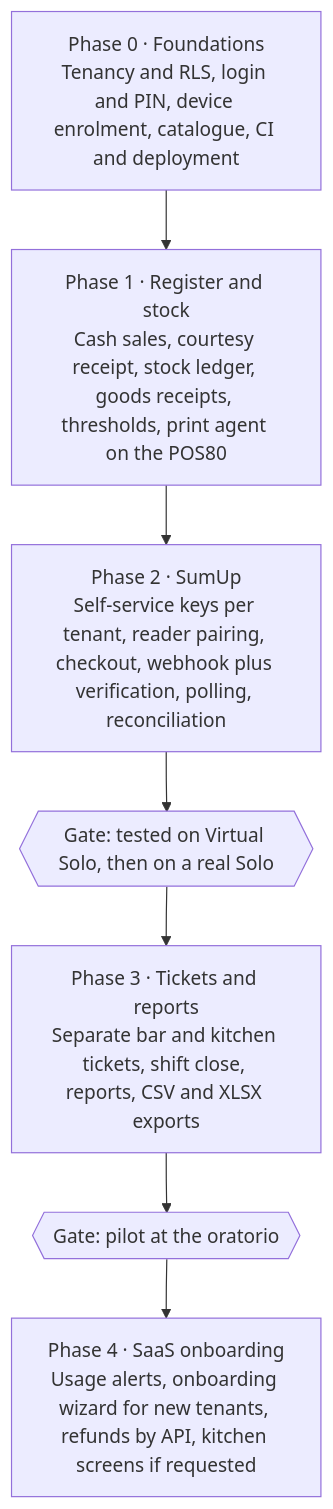
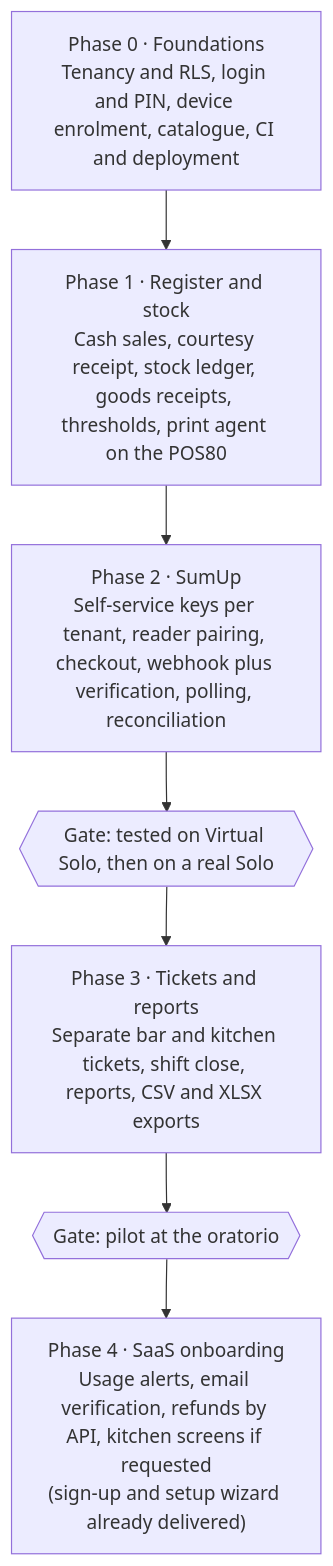
Before and after one commit to projectsrl-git/standpos: the third of 3 diagrams in docs/SPEC.md, drawn with Mermaid. The commit also changed other lines of this file and 7 other files, not shown here.

Commit message:
docs: ADR 0015, guides and changelog for sign-up and the setup wizard

````diff
--- a/docs/SPEC.md
+++ b/docs/SPEC.md
@@ -299,11 +299,11 @@
 ```mermaid
 flowchart TB
     P0["Phase 0 · Foundations<br/>Tenancy and RLS, login and PIN, device enrolment, catalogue, CI and deployment"]
     P1["Phase 1 · Register and stock<br/>Cash sales, courtesy receipt, stock ledger, goods receipts, thresholds, print agent on the POS80"]
     P2["Phase 2 · SumUp<br/>Self-service keys per tenant, reader pairing, checkout, webhook plus verification, polling, reconciliation"]
     G1{{"Gate: tested on Virtual Solo, then on a real Solo"}}
     P3["Phase 3 · Tickets and reports<br/>Separate bar and kitchen tickets, shift close, reports, CSV and XLSX exports"]
     G2{{"Gate: pilot at the oratorio"}}
-    P4["Phase 4 · SaaS onboarding<br/>Usage alerts, onboarding wizard for new tenants, refunds by API, kitchen screens if requested"]
+    P4["Phase 4 · SaaS onboarding<br/>Usage alerts, email verification, refunds by API, kitchen screens if requested<br/>(sign-up and setup wizard already delivered)"]
     P0 --> P1 --> P2 --> G1 --> P3 --> G2 --> P4
 ```
````
